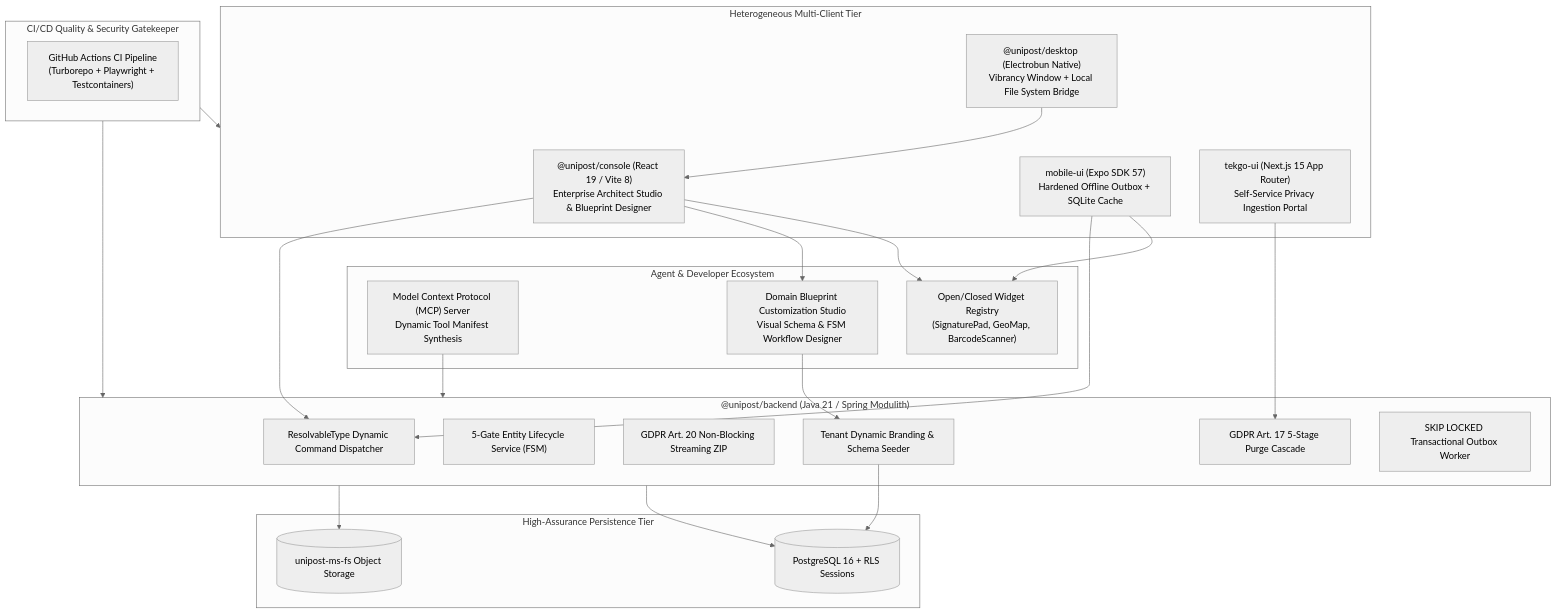
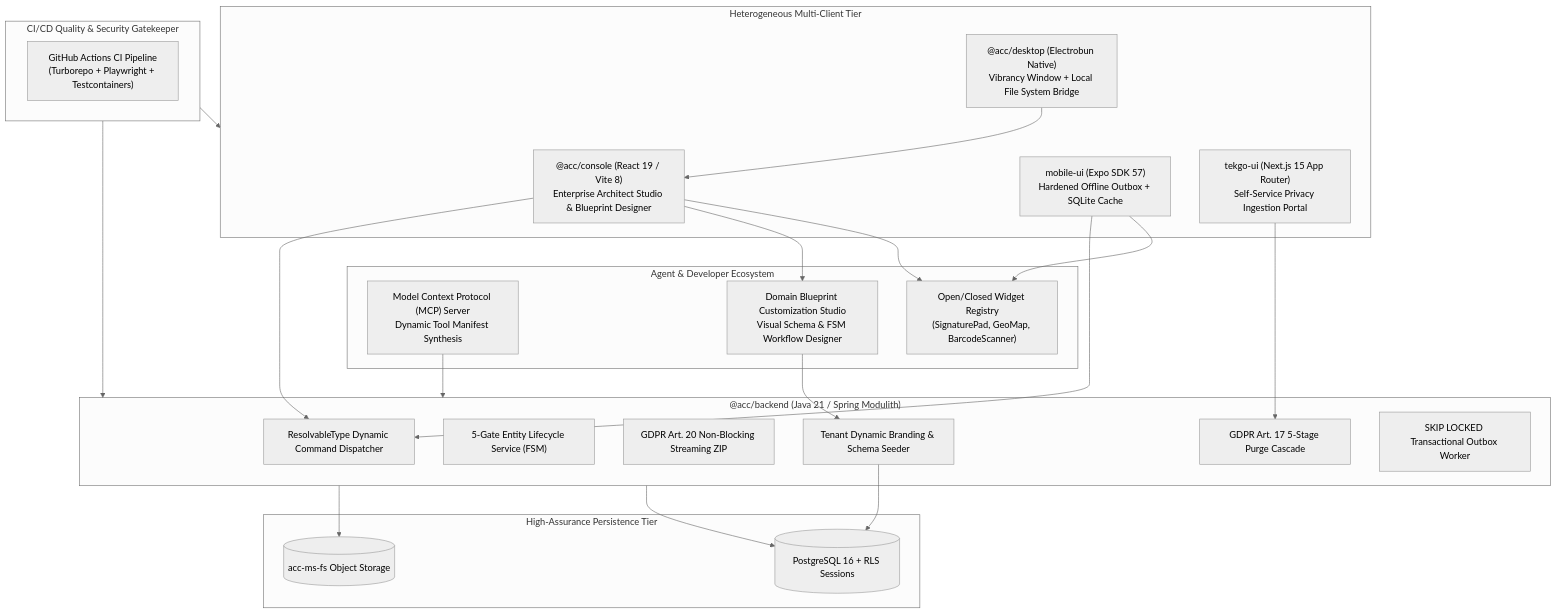
The diagram in docs/brainstorming/integration_master_plan_iteration_2.md (tamanle23/acc), drawn with Mermaid (neutral theme) before and after one commit. The commit also changed other lines of this file and 2869 other files, not shown here.

Commit message:
Replace unipost with acc

````diff
--- a/docs/brainstorming/integration_master_plan_iteration_2.md
+++ b/docs/brainstorming/integration_master_plan_iteration_2.md
@@ -28,48 +28,48 @@
 ```mermaid
 flowchart TD
     subgraph MultiClient["Heterogeneous Multi-Client Tier"]
-        Console["@unipost/console (React 19 / Vite 8)<br/>Enterprise Architect Studio & Blueprint Designer"]
-        Desktop["@unipost/desktop (Electrobun Native)<br/>Vibrancy Window + Local File System Bridge"]
+        Console["@acc/console (React 19 / Vite 8)<br/>Enterprise Architect Studio & Blueprint Designer"]
+        Desktop["@acc/desktop (Electrobun Native)<br/>Vibrancy Window + Local File System Bridge"]
         Mobile["mobile-ui (Expo SDK 57)<br/>Hardened Offline Outbox + SQLite Cache"]
         Tekgo["tekgo-ui (Next.js 15 App Router)<br/>Self-Service Privacy Ingestion Portal"]
     end
 
     subgraph AutonomousAgents["Agent & Developer Ecosystem"]
         MCP["Model Context Protocol (MCP) Server<br/>Dynamic Tool Manifest Synthesis"]
         WidgetReg["Open/Closed Widget Registry<br/>(SignaturePad, GeoMap, BarcodeScanner)"]
         DomainStudio["Domain Blueprint Customization Studio<br/>Visual Schema & FSM Workflow Designer"]
     end
 
-    subgraph BackendCore["@unipost/backend (Java 21 / Spring Modulith)"]
+    subgraph BackendCore["@acc/backend (Java 21 / Spring Modulith)"]
         Dispatch["ResolvableType Dynamic Command Dispatcher"]
         FSM["5-Gate Entity Lifecycle Service (FSM)"]
         GDPR_Export["GDPR Art. 20 Non-Blocking Streaming ZIP"]
         GDPR_Purge["GDPR Art. 17 5-Stage Purge Cascade"]
         TenantTheme["Tenant Dynamic Branding & Schema Seeder"]
         OutboxWorker["SKIP LOCKED Transactional Outbox Worker"]
     end
 
     subgraph Persistence["High-Assurance Persistence Tier"]
         Postgres[(PostgreSQL 16 + RLS Sessions)]
-        S3[(unipost-ms-fs Object Storage)]
+        S3[(acc-ms-fs Object Storage)]
     end
 
     subgraph IndustrialCI["CI/CD Quality & Security Gatekeeper"]
         GHA["GitHub Actions CI Pipeline<br/>(Turborepo + Playwright + Testcontainers)"]
     end
 
     Console --> WidgetReg
     Console --> DomainStudio
     Console --> Dispatch
     Desktop --> Console
     Mobile --> WidgetReg
     Mobile --> Dispatch
     Tekgo --> GDPR_Purge
     DomainStudio --> TenantTheme
     TenantTheme --> Postgres
     MCP --> BackendCore
     BackendCore --> Postgres
     BackendCore --> S3
     IndustrialCI --> BackendCore
     IndustrialCI --> MultiClient
 ```
````
